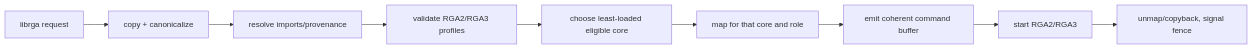
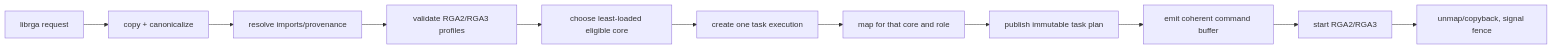
One commit to yisding/rock-5b-ysp changed the diagram in kernel-drivers/docs/rewrite-driver-architecture/03-rga-driver.md. Above: the diagram before and after it, drawn with Mermaid. The commit also changed other lines of this file and 13 other files, not shown here.

````diff
--- a/kernel-drivers/docs/rewrite-driver-architecture/03-rga-driver.md
+++ b/kernel-drivers/docs/rewrite-driver-architecture/03-rga-driver.md
@@ -12,11 +12,13 @@
 ```mermaid
 flowchart LR
     L["librga request"] --> C["copy + canonicalize"]
     C --> I["resolve imports/provenance"]
     I --> V["validate RGA2/RGA3 profiles"]
     V --> S["choose least-loaded eligible core"]
-    S --> M["map for that core and role"]
-    M --> E["emit coherent command buffer"]
+    S --> X["create one task execution"]
+    X --> M["map for that core and role"]
+    M --> P["publish immutable task plan"]
+    P --> E["emit coherent command buffer"]
     E --> H["start RGA2/RGA3"]
     H --> F["unmap/copyback, signal fence"]
 ```
````
